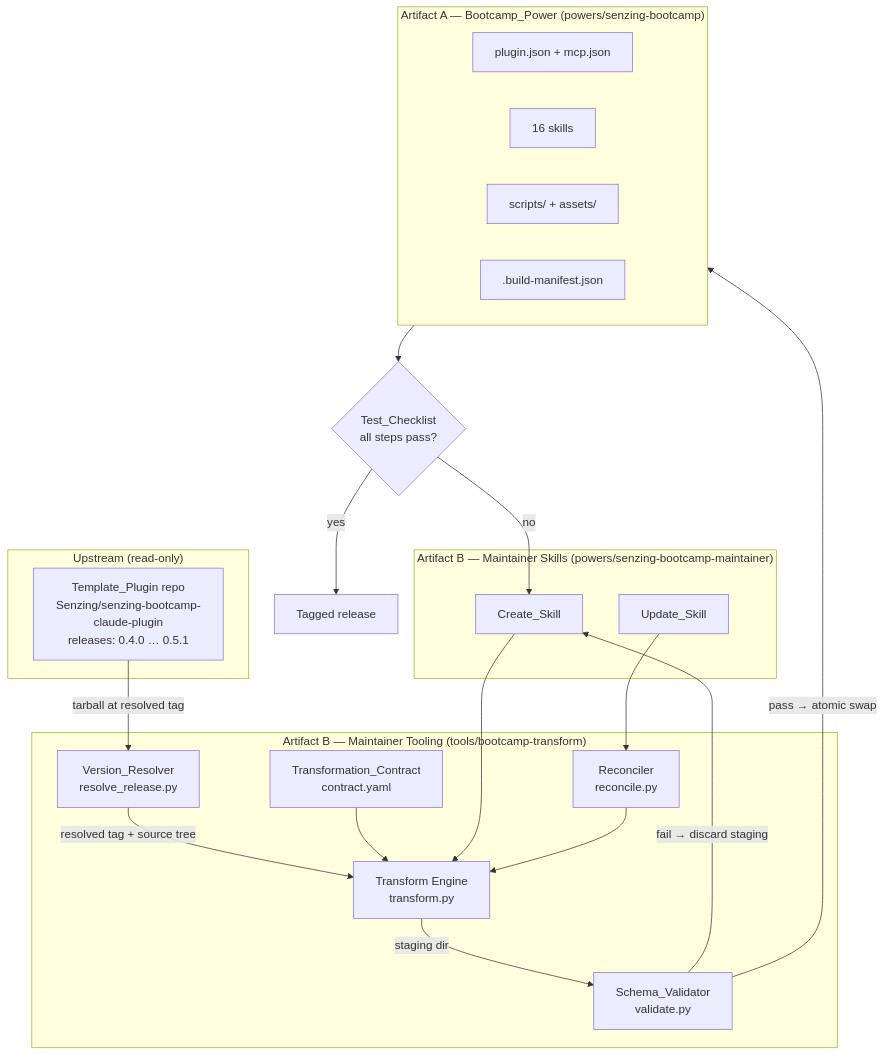
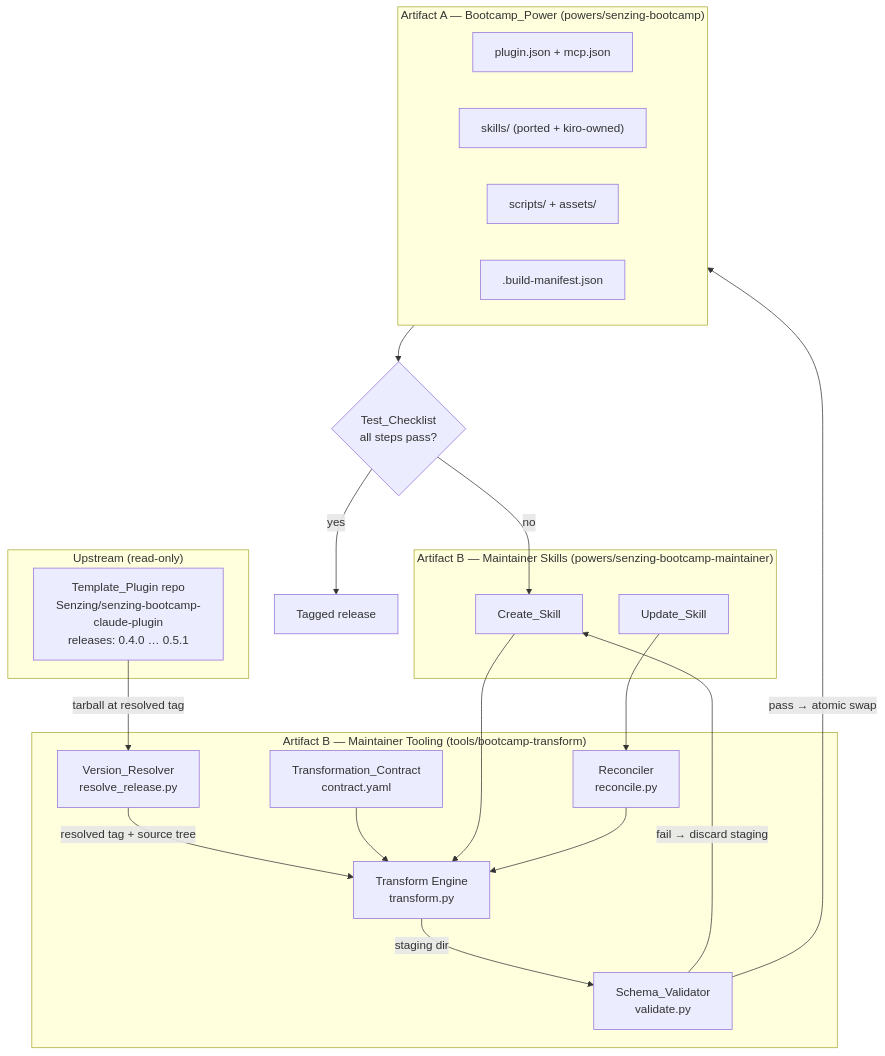
Before and after one commit to docktermj/senzing-bootcamp-kiro-power-development: the first of 3 diagrams in .kiro/specs/senzing-bootcamp-power/design.md, drawn with Mermaid. The commit also changed other lines of this file and 79 other files, not shown here.

````diff
--- a/.kiro/specs/senzing-bootcamp-power/design.md
+++ b/.kiro/specs/senzing-bootcamp-power/design.md
@@ -157,41 +157,41 @@
 ```mermaid
 flowchart TB
     subgraph Upstream["Upstream (read-only)"]
         TPL["Template_Plugin repo<br/>Senzing/senzing-bootcamp-claude-plugin<br/>releases: 0.4.0 … 0.5.1"]
     end
 
     subgraph B["Artifact B — Maintainer Tooling (tools/bootcamp-transform)"]
         VR["Version_Resolver<br/>resolve_release.py"]
         TC["Transformation_Contract<br/>contract.yaml"]
         TE["Transform Engine<br/>transform.py"]
         RC["Reconciler<br/>reconcile.py"]
         SV["Schema_Validator<br/>validate.py"]
     end
 
     subgraph Skills["Artifact B — Maintainer Skills (powers/senzing-bootcamp-maintainer)"]
         CS["Create_Skill"]
         US["Update_Skill"]
     end
 
     subgraph A["Artifact A — Bootcamp_Power (powers/senzing-bootcamp)"]
         PJ["plugin.json + mcp.json"]
-        SK["16 skills"]
+        SK["skills/ (ported + kiro-owned)"]
         SC["scripts/ + assets/"]
         BM[".build-manifest.json"]
     end
 
     GATE{"Test_Checklist<br/>all steps pass?"}
     TAG["Tagged release"]
 
     TPL -->|"tarball at resolved tag"| VR
     VR -->|"resolved tag + source tree"| TE
     TC --> TE
     CS --> TE
     US --> RC --> TE
     TE -->|"staging dir"| SV
     SV -->|"pass → atomic swap"| A
     SV -->|"fail → discard staging"| CS
     A --> GATE
     GATE -->|"yes"| TAG
     GATE -->|"no"| CS
 ```
````
